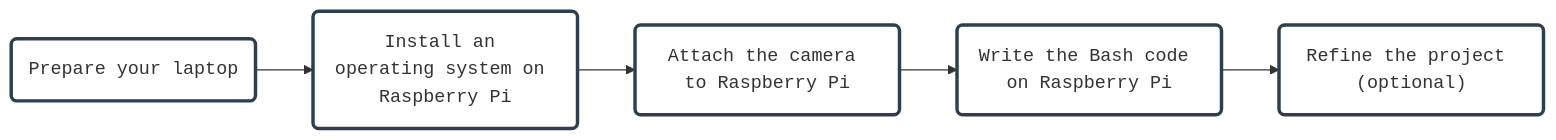
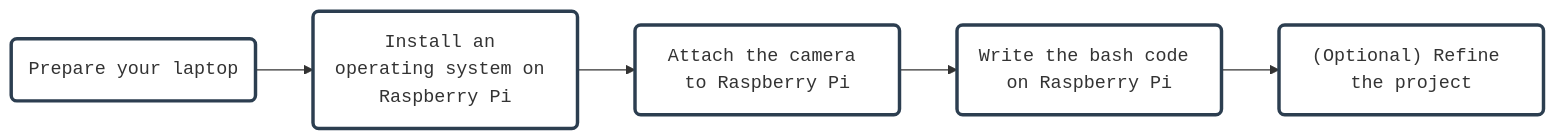
The diagram in _includes/mermaid_security_cam_flowchart.md (AninditaBasu/pi-projects), drawn with Mermaid before and after one commit. The commit also changed 14 other files, not shown here.

```diff
--- a/_includes/mermaid_security_cam_flowchart.md
+++ b/_includes/mermaid_security_cam_flowchart.md
@@ -1,15 +1,16 @@
 <div class="mermaid">
 flowchart LR
     A(Prepare your laptop) --> B(Install an operating system on Raspberry Pi)
     B --> C(Attach the camera to Raspberry Pi)
-	C --> D(Write the Bash code on Raspberry Pi)
-    D --> E("Refine the project (optional)")
+	C --> D(Write the bash code on Raspberry Pi)
+    D --> E("(Optional) Refine the project")
 	
 	click A "https://aninditabasu.github.io/pi-projects/topics/set_up_laptop.html"
 	click B "https://aninditabasu.github.io/pi-projects/topics/pi_zero_install_os.html"
+	click C "https://aninditabasu.github.io/pi-projects/topics/pi_zero_attach_camera3.html"
 	click D "https://aninditabasu.github.io/pi-projects/topics/bash_security_camera.html"
 	click E "https://aninditabasu.github.io/pi-projects/topics/security_camera_refine.html"
 	
 	classDef boxstyle fill:white,stroke:#2c3e50,stroke-width:3px,font-family: monospace;
     class A,B,C,D,E boxstyle;
 </div>
```
